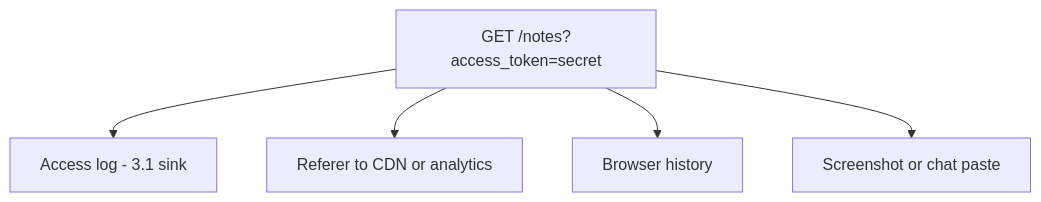
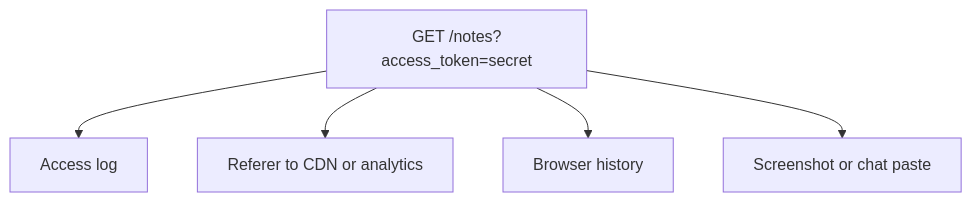
Before and after one commit to ishitvagoel/LearnSecurity: the first of 2 diagrams in content/modules/4/4.3/lessons/01-property.md, drawn with Mermaid. The commit also changed other lines of this file and 39 other files, not shown here.

````diff
--- a/content/modules/4/4.3/lessons/01-property.md
+++ b/content/modules/4/4.3/lessons/01-property.md
@@ -19,7 +18,7 @@
 ```mermaid
 flowchart TD
-  Url["GET /notes?access_token=secret"] --> Log["Access log - 3.1 sink"]
+  Url["GET /notes?access_token=secret"] --> Log["Access log"]
   Url --> Referer["Referer to CDN or analytics"]
   Url --> Hist[Browser history]
   Url --> Shot[Screenshot or chat paste]
 ```
````
